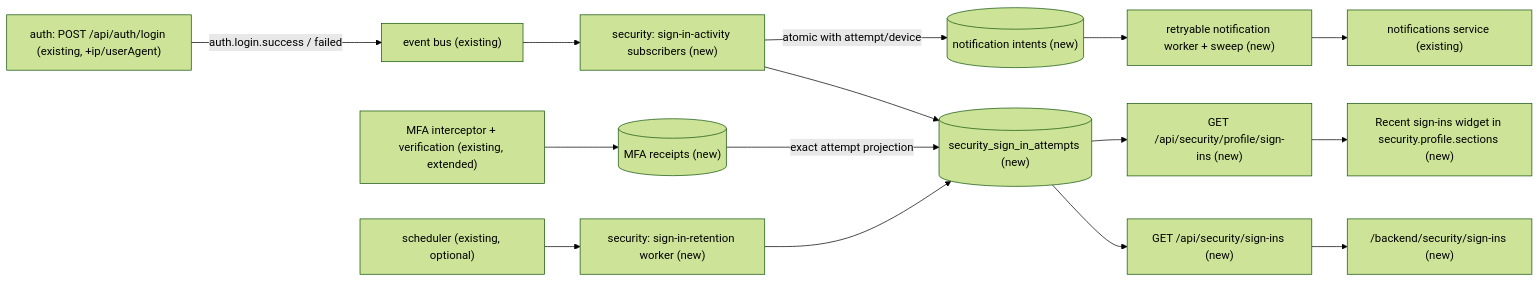
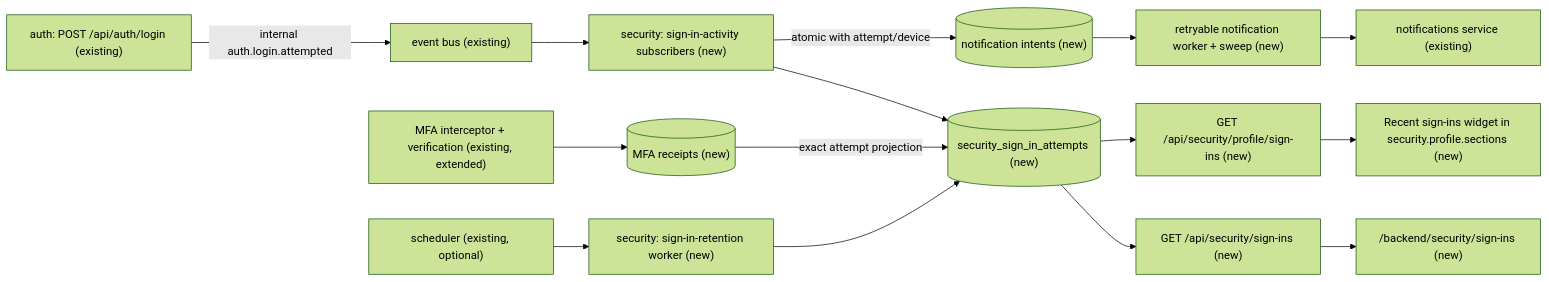
The first of 2 diagrams in .ai/specs/enterprise/2026-11-13-sign-in-activity.md (open-mercato/open-mercato), drawn with Mermaid (forest theme) before and after one commit. The commit also changed other lines of this file and 32 other files, not shown here.

````diff
--- a/.ai/specs/enterprise/2026-11-13-sign-in-activity.md
+++ b/.ai/specs/enterprise/2026-11-13-sign-in-activity.md
@@ -64,17 +64,17 @@
 ```mermaid
 flowchart LR
-    login["auth: POST /api/auth/login (existing, +ip/userAgent)"] -->|auth.login.success / failed| bus["event bus (existing)"]
+    login["auth: POST /api/auth/login (existing)"] -->|internal auth.login.attempted| bus["event bus (existing)"]
     bus --> sub["security: sign-in-activity subscribers (new)"]
     sub --> tbl[("security_sign_in_attempts (new)")]
     sub -->|atomic with attempt/device| intent[("notification intents (new)")]
     intent --> delivery["retryable notification worker + sweep (new)"]
     delivery --> notif["notifications service (existing)"]
     mfa["MFA interceptor + verification (existing, extended)"] --> receipt[("MFA receipts (new)")]
     receipt -->|exact attempt projection| tbl
     sched["scheduler (existing, optional)"] --> worker["security: sign-in-retention worker (new)"]
     worker --> tbl
     tbl --> adminApi["GET /api/security/sign-ins (new)"]
     tbl --> ownApi["GET /api/security/profile/sign-ins (new)"]
     adminApi --> adminPage["/backend/security/sign-ins (new)"]
     ownApi --> widget["Recent sign-ins widget in security.profile.sections (new)"]
 ```
````
